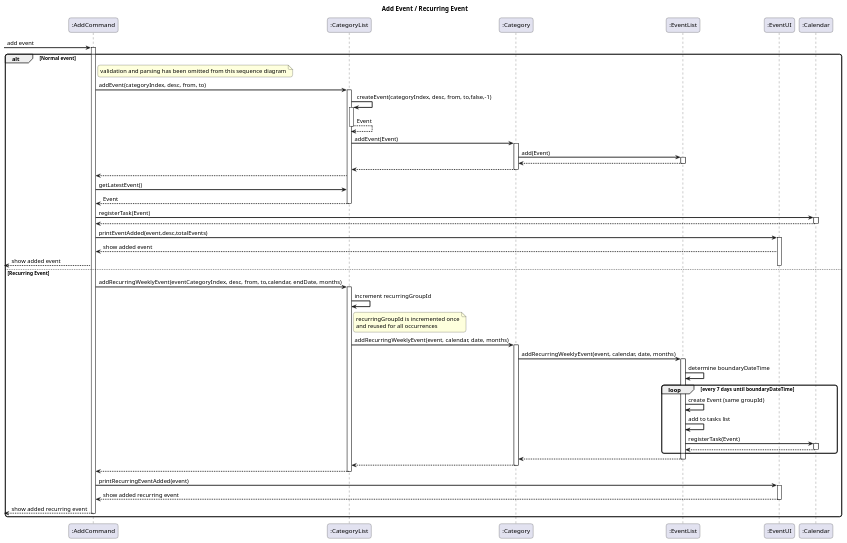
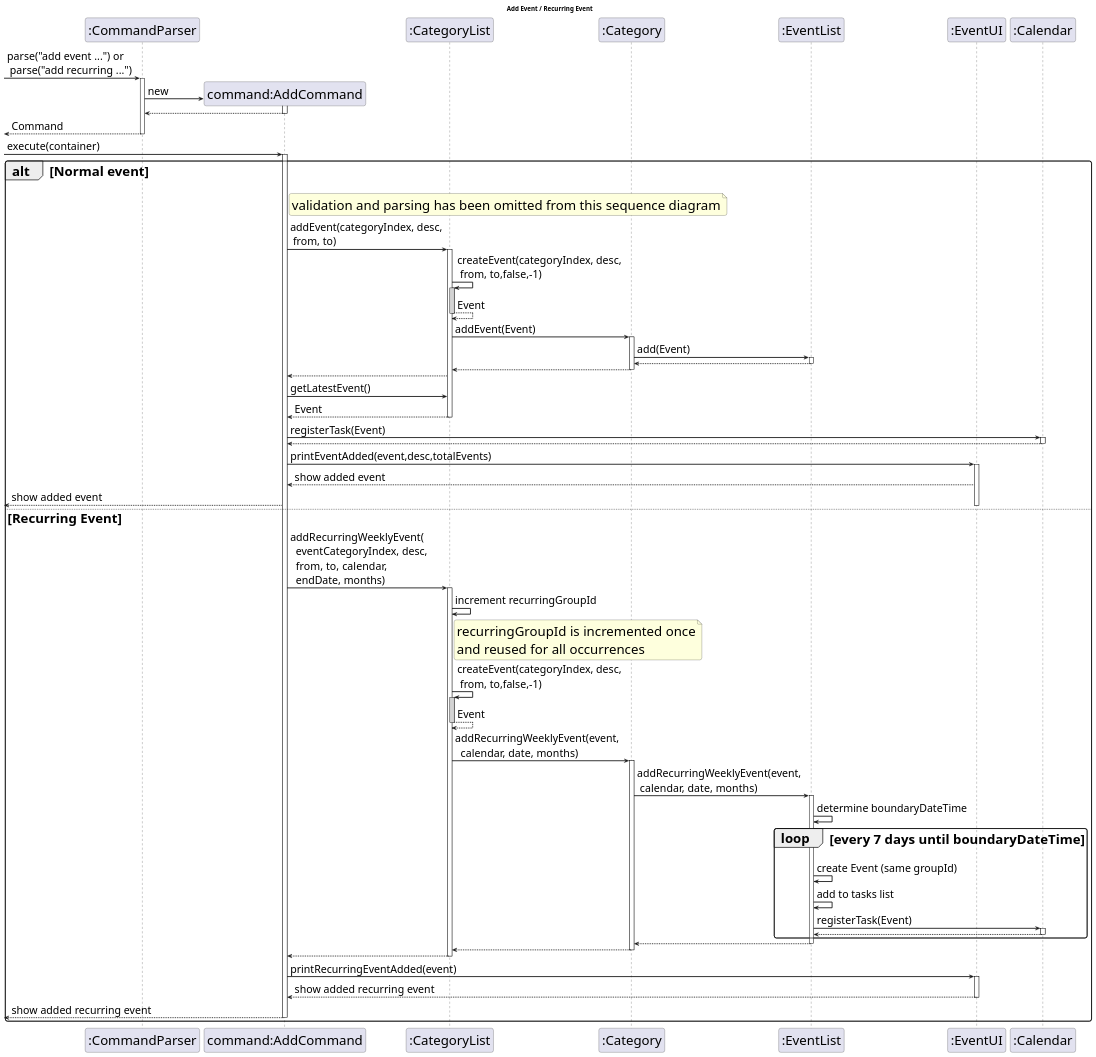
One commit to marken9/tp changed the diagram in docs/puml/AddEvent.puml. Above: the diagram before and after it, drawn with PlantUML. The commit also changed 6 other files, not shown here.

```diff
--- a/docs/puml/AddEvent.puml
+++ b/docs/puml/AddEvent.puml
@@ -1,97 +1,113 @@
 @startuml AddEvent
 
 skinparam sequenceArrowThickness 2
 skinparam roundcorner 10
+skinparam DefaultFontSize 30
+skinparam ArrowFontSize 24
 
 title Add Event / Recurring Event
 
-participant ":AddCommand" as AC
+participant ":CommandParser" as CP
+-> CP : parse("add event ...") or\n parse("add recurring ...")
+activate CP
+create "command:AddCommand" as AC
+CP -> AC : new
+activate AC
+AC --> CP :
+deactivate AC
+CP -->[ : Command
+deactivate CP
+
+-> AC : execute(container)
+activate AC
 participant ":CategoryList" as CL
 participant ":Category" as CAT
 participant ":EventList" as EL
 participant ":EventUI" as UI
 participant ":Calendar" as CAL
 
- -> AC : add event
-activate AC
-
-
 alt Normal event
     note right of AC
         validation and parsing has been omitted from this sequence diagram
     end note
-        AC -> CL : addEvent(categoryIndex, desc, from, to)
+        AC -> CL : addEvent(categoryIndex, desc,\n from, to)
         activate CL
-        CL -> CL : createEvent(categoryIndex, desc, from, to,false,-1)
-        activate CL
+
+        CL -> CL : createEvent(categoryIndex, desc, \n from, to,false,-1)
+        activate CL #lightgrey
         CL --> CL : Event
         deactivate CL
         CL -> CAT : addEvent(Event)
         activate CAT
         CAT -> EL : add(Event)
         activate EL
         EL --> CAT
         deactivate EL
         CAT --> CL
         deactivate CAT
         CL --> AC
 
         AC -> CL : getLatestEvent()
         CL --> AC : Event
         deactivate CL
 
         AC -> CAL : registerTask(Event)
         activate CAL
         CAL --> AC
         deactivate CAL
 
         AC -> UI : printEventAdded(event,desc,totalEvents)
         activate UI
         UI --> AC : show added event
         AC -->[ : show added event
         deactivate UI
 
 else Recurring Event
 
-        AC -> CL : addRecurringWeeklyEvent(eventCategoryIndex, desc, from, to,calendar, endDate, months)
+        AC -> CL : addRecurringWeeklyEvent(\n  eventCategoryIndex, desc, \n  from, to, calendar, \n  endDate, months)
         activate CL
 
         CL -> CL : increment recurringGroupId
         note right of CL
         recurringGroupId is incremented once
         and reused for all occurrences
         end note
+        CL -> CL : createEvent(categoryIndex, desc, \n from, to,false,-1)
+        activate CL #lightgrey
+        CL --> CL : Event
+        deactivate CL
 
-        CL -> CAT : addRecurringWeeklyEvent(event, calendar, date, months)
+
+        CL -> CAT : addRecurringWeeklyEvent(event,\n  calendar, date, months)
         activate CAT
 
-        CAT -> EL : addRecurringWeeklyEvent(event, calendar, date, months)
+        CAT -> EL : addRecurringWeeklyEvent(event, \n calendar, date, months)
         activate EL
 
         EL -> EL : determine boundaryDateTime
 
         loop every 7 days until boundaryDateTime
             EL -> EL : create Event (same groupId)
             EL -> EL : add to tasks list
             EL -> CAL : registerTask(Event)
             activate CAL
             CAL --> EL
             deactivate CAL
         end
 
         EL --> CAT
         deactivate EL
         CAT --> CL
         deactivate CAT
         CL --> AC
         deactivate CL
 
         AC -> UI : printRecurringEventAdded(event)
         activate UI
         UI --> AC : show added recurring event
         deactivate UI
         AC -->[ : show added recurring event
         deactivate AC
     end
 
 @enduml
```
